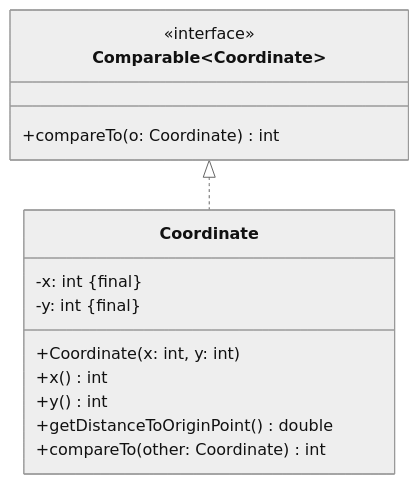
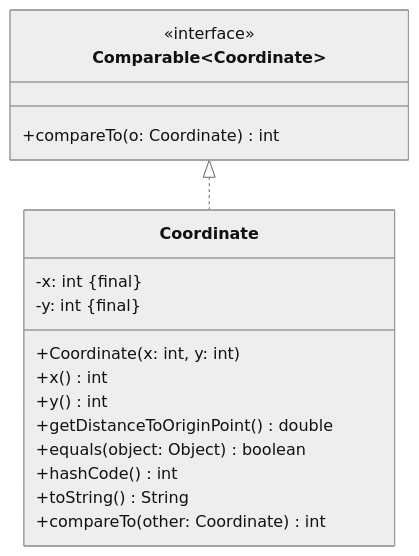
Before and after one commit to jappuccini/java-docs: the diagram in docs/exercises/comparators/comparators01.mdx, drawn with Mermaid (neutral theme). The commit also changed 10 other files, not shown here.

````diff
--- a/docs/exercises/comparators/comparators01.mdx
+++ b/docs/exercises/comparators/comparators01.mdx
@@ -14,19 +14,22 @@
 ```mermaid
 classDiagram
     Comparable~Coordinate~ <|.. Coordinate
 
     class Coordinate {
         -x: int &#123final&#125
         -y: int &#123final&#125
         +Coordinate(x: int, y: int)
         +x() int
         +y() int
         +getDistanceToOriginPoint() double
+        +equals(object: Object) boolean
+        +hashCode() int
+        +toString() String
         +compareTo(other: Coordinate) int
     }
 
     class Comparable~Coordinate~ {
         <<interface>>
         +compareTo(o: Coordinate) int
     }
 ```
````
